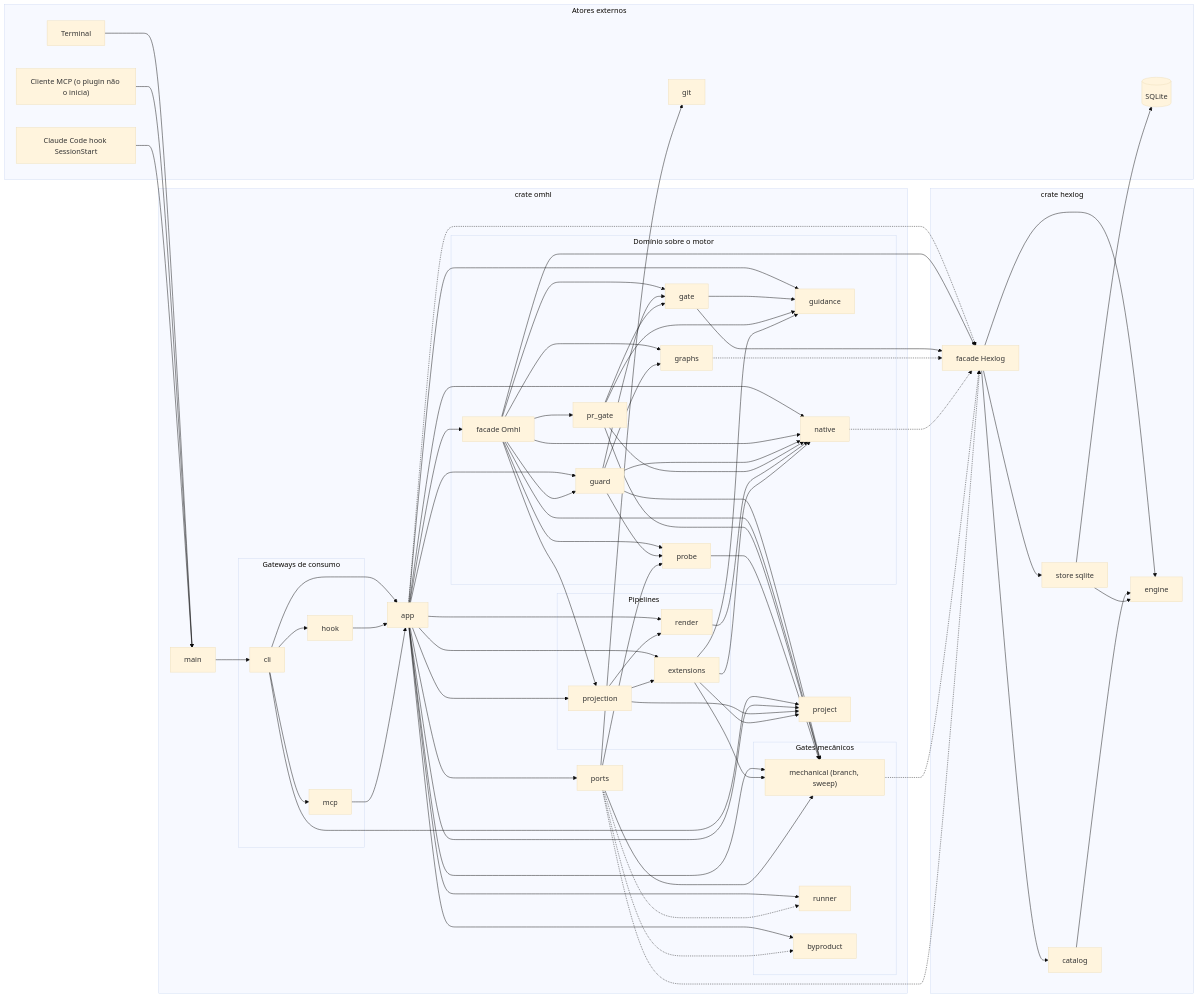
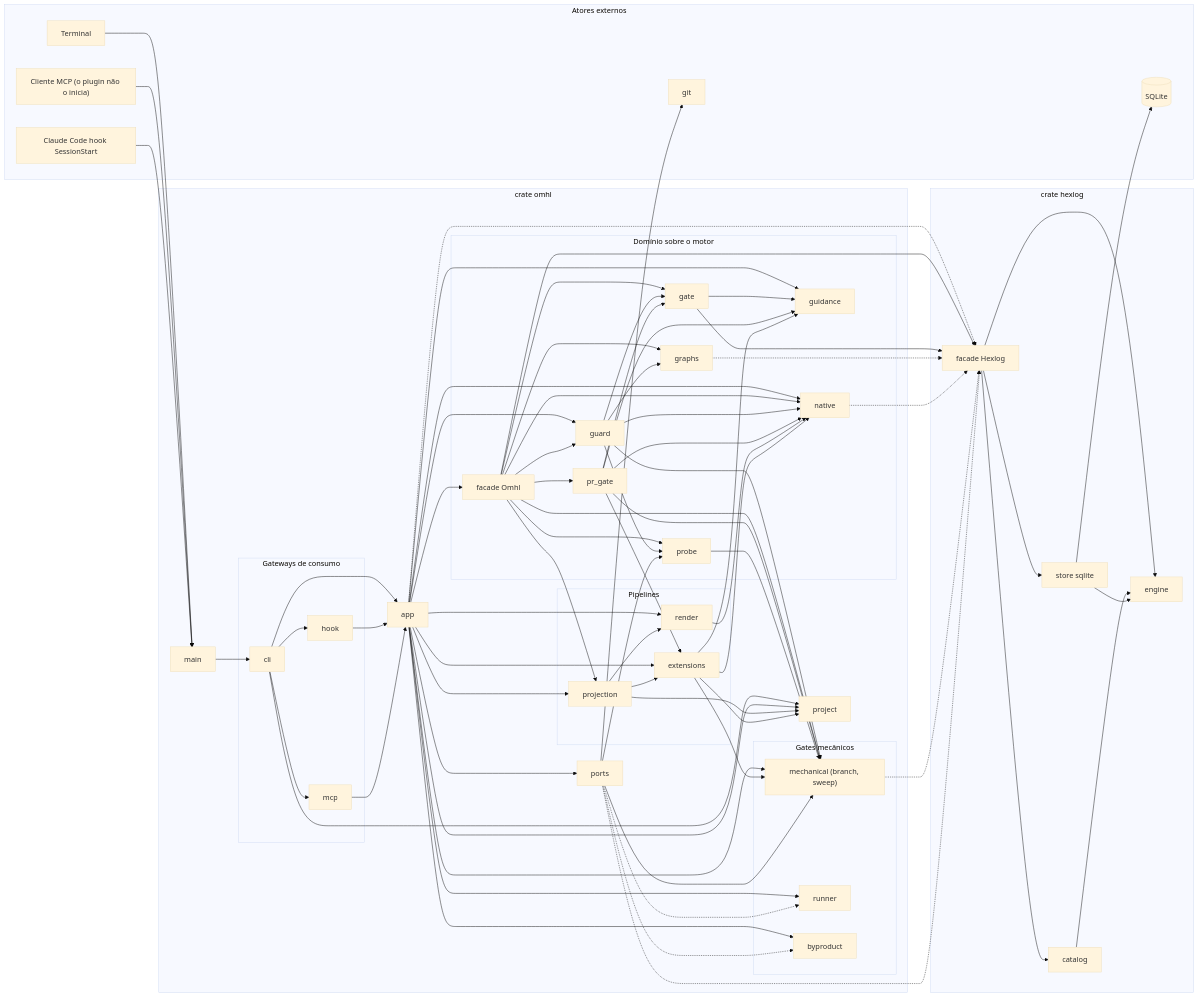
The diagram in docs/architecture.md (gabrielh-silvestre/oh-my-hexflow), drawn with Mermaid (base theme) before and after one commit. The commit also changed 12 other files, not shown here.

```diff
--- a/docs/architecture.md
+++ b/docs/architecture.md
@@ -101,6 +101,7 @@
   guard --> probe
   prgate --> gate
   prgate --> native
+  prgate --> extensions
   gate --> hxfacade
   graphs -.-> hxfacade
   native -.-> hxfacade
```
